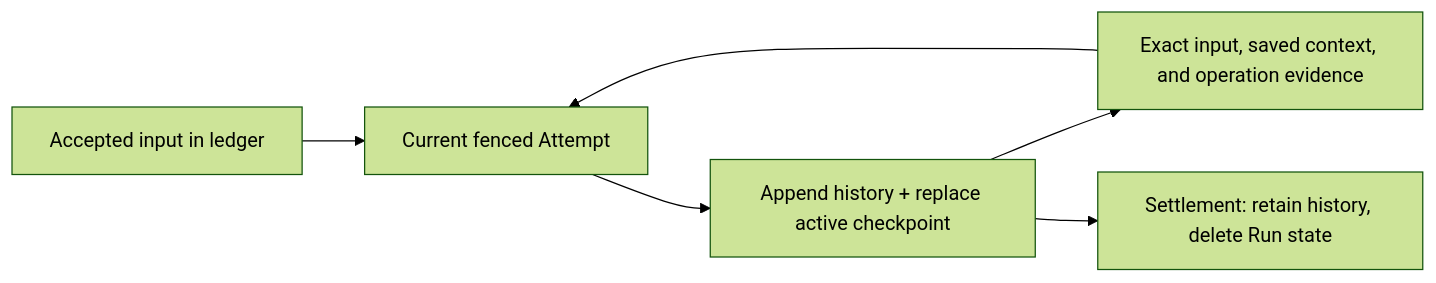
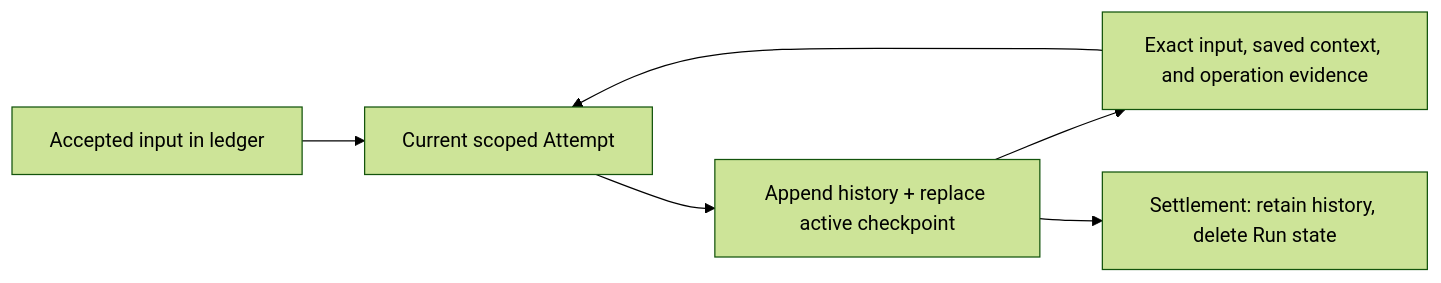
Before and after one commit to yielded-dev/agent: the diagram in docs/src/content/docs/concepts/durability.md, drawn with Mermaid (forest theme). The commit also changed other lines of this file and 158 other files, not shown here.

````diff
--- a/docs/src/content/docs/concepts/durability.md
+++ b/docs/src/content/docs/concepts/durability.md
@@ -93,8 +93,8 @@
 ```mermaid
 flowchart LR
-  A[Accepted input in ledger] --> B[Current fenced Attempt]
+  A[Accepted input in ledger] --> B[Current scoped Attempt]
   B --> C[Append history + replace active checkpoint]
   C --> D[Exact input, saved context, and operation evidence]
   D --> B
   C --> E[Settlement: retain history, delete Run state]
 ```
````
